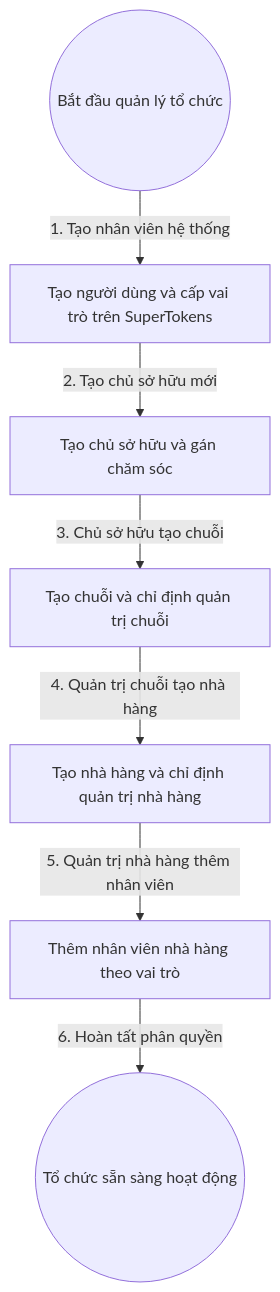
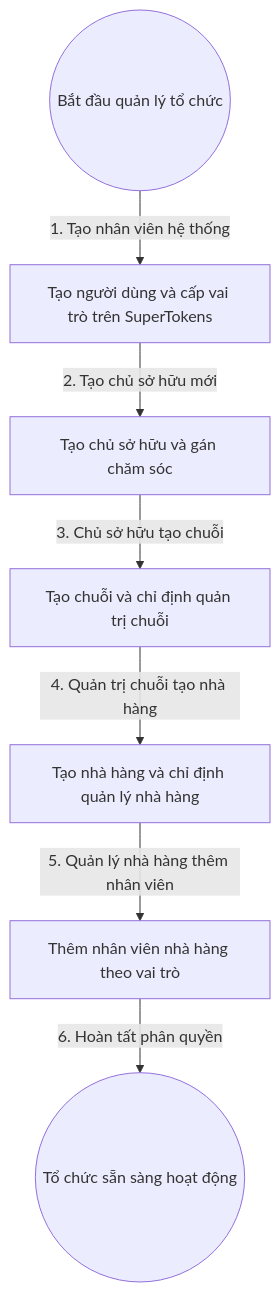
Before and after one commit to BrrrBrrpatabim26/dmechoson: the diagram in flowchart/02.Quan_ly_he_thong_da_cap/2.Quan_ly_to_chuc_va_phan_quyen.md, drawn with Mermaid. The commit also changed other lines of this file and 7 other files, not shown here.

````diff
--- a/flowchart/02.Quan_ly_he_thong_da_cap/2.Quan_ly_to_chuc_va_phan_quyen.md
+++ b/flowchart/02.Quan_ly_he_thong_da_cap/2.Quan_ly_to_chuc_va_phan_quyen.md
@@ -26,9 +26,9 @@
 ```mermaid
 graph TD
   BatDau((Bắt đầu quản lý tổ chức))-->|1. Tạo nhân viên hệ thống| TaoNV[Tạo người dùng và cấp vai trò trên SuperTokens]
   TaoNV-->|2. Tạo chủ sở hữu mới| TaoChu[Tạo chủ sở hữu và gán chăm sóc]
   TaoChu-->|3. Chủ sở hữu tạo chuỗi| TaoChuoi[Tạo chuỗi và chỉ định quản trị chuỗi]
-  TaoChuoi-->|4. Quản trị chuỗi tạo nhà hàng| TaoNhaHang[Tạo nhà hàng và chỉ định quản trị nhà hàng]
-  TaoNhaHang-->|5. Quản trị nhà hàng thêm nhân viên| ThemNV[Thêm nhân viên nhà hàng theo vai trò]
+  TaoChuoi-->|4. Quản trị chuỗi tạo nhà hàng| TaoNhaHang[Tạo nhà hàng và chỉ định quản lý nhà hàng]
+  TaoNhaHang-->|5. Quản lý nhà hàng thêm nhân viên| ThemNV[Thêm nhân viên nhà hàng theo vai trò]
   ThemNV-->|6. Hoàn tất phân quyền| KetThuc((Tổ chức sẵn sàng hoạt động))
 ```
````
